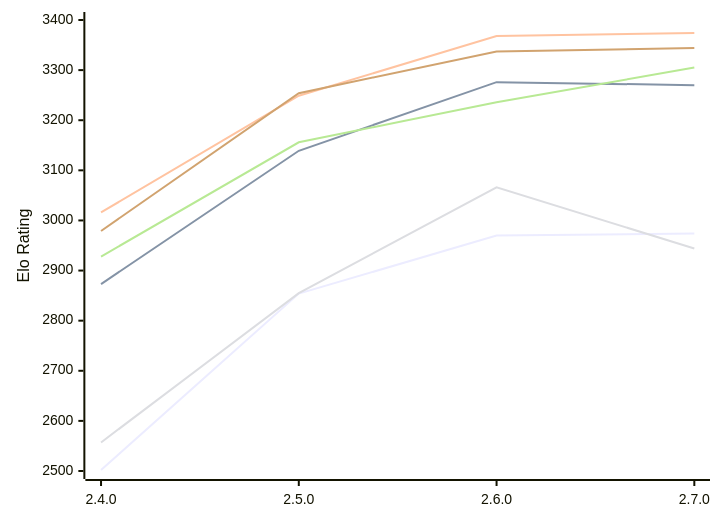
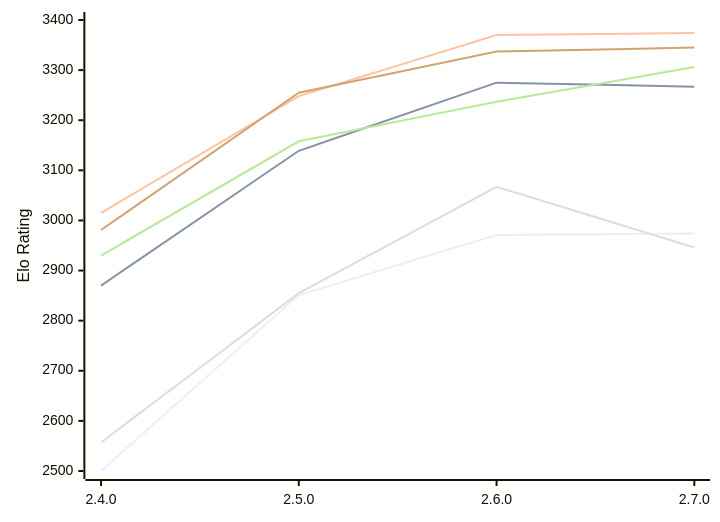
The diagram in engines/Rarog.md (computer-chess-index/cci), drawn with Mermaid before and after one commit. The commit also changed other lines of this file, not shown here.

Commit message:
Update CCI Ratings (ELO VLTC) - 2026-11-28

````diff
--- a/engines/Rarog.md
+++ b/engines/Rarog.md
@@ -53,12 +53,12 @@
 ```mermaid
 %%{init: {"theme":"base","themeVariables":{"seriesColors:['#a3a3a3','#222221','#faa371']}}}%%
 xychart-beta
   x-axis ["2.4.0", "2.5.0", "2.6.0", "2.7.0"]
   y-axis "Elo Rating" 2500 --> 3400
-  line "E1: STC (8.0+0.08s)" [2502, 2854, 2970, 2974]
-  line "E1: LTC (60.0+0.60s)" [2873, 3139, 3276, 3270]
-  line "E1: VLTC (2m24s+1.12s)" [3016, 3249, 3368, 3374]
-  line "P1: STC (8.0+0.08s)" [2557, 2855, 3066, 2944]
-  line "P1: LTC (60.0+0.60s)" [2928, 3156, 3236, 3305]
-  line "P1: VLTC (2m24s+1.12s)" [2979, 3254, 3337, 3344]
+  line "E1: STC (8.0+0.08s)" [2500, 2851, 2971, 2974]
+  line "E1: LTC (60.0+0.60s)" [2870, 3139, 3275, 3267]
+  line "E1: VLTC (2m24s+1.12s)" [3015, 3248, 3370, 3374]
+  line "P1: STC (8.0+0.08s)" [2557, 2855, 3067, 2946]
+  line "P1: LTC (60.0+0.60s)" [2930, 3158, 3237, 3306]
+  line "P1: VLTC (2m24s+1.12s)" [2981, 3255, 3337, 3345]
 ```
````
